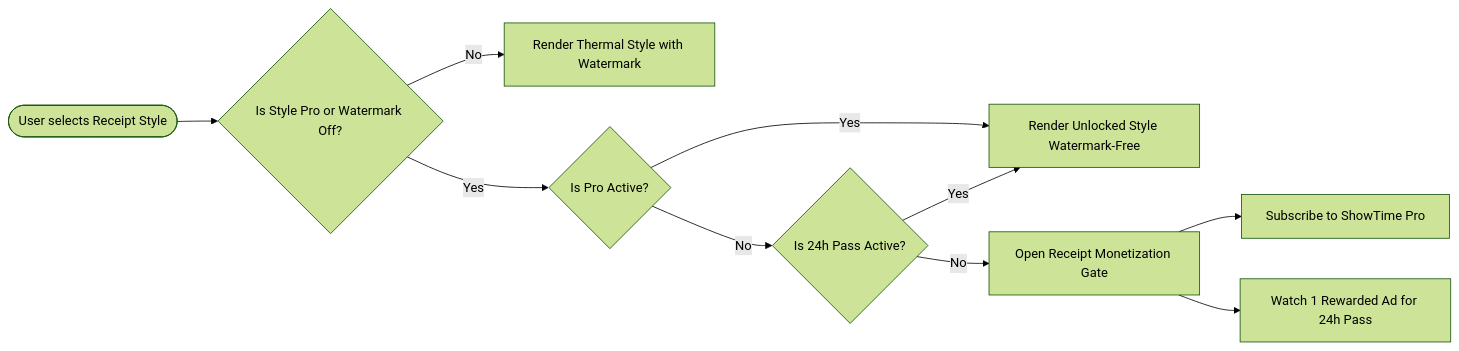
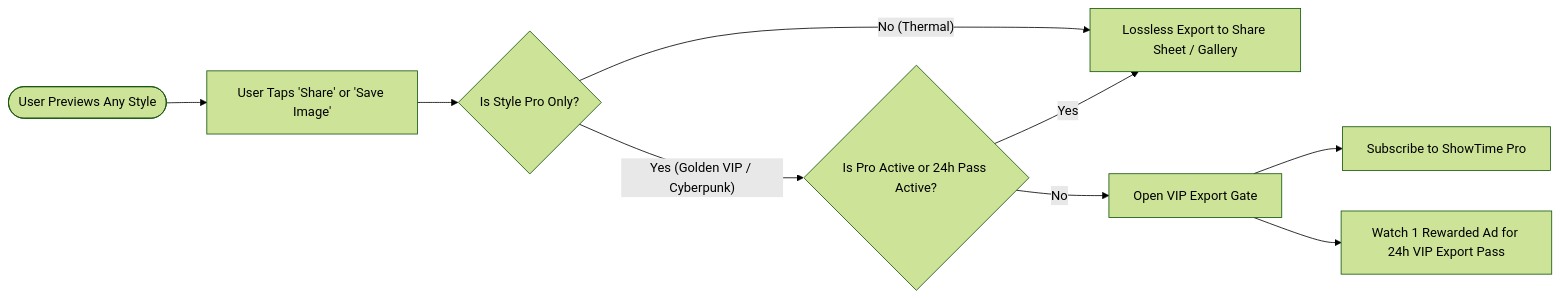
Before and after one commit to SSVerma/ShowTime2: the second of 2 diagrams in docs/features/VINTAGE_CINEMA_RECEIPT_ARCHITECTURE.md, drawn with Mermaid (forest theme). The commit also changed other lines of this file, not shown here.

Commit message:
docs: update receipt architecture with ticket personalization and export gating

````diff
--- a/docs/features/VINTAGE_CINEMA_RECEIPT_ARCHITECTURE.md
+++ b/docs/features/VINTAGE_CINEMA_RECEIPT_ARCHITECTURE.md
@@ -110,12 +114,11 @@
 ```mermaid
 flowchart LR
-    User([User selects Receipt Style]) --> Check{Is Style Pro or Watermark Off?}
-    Check -- No --> RenderFree[Render Thermal Style with Watermark]
-    Check -- Yes --> ProCheck{Is Pro Active?}
-    ProCheck -- Yes --> RenderPro[Render Unlocked Style Watermark-Free]
-    ProCheck -- No --> PassCheck{Is 24h Pass Active?}
-    PassCheck -- Yes --> RenderPro
-    PassCheck -- No --> ShowGate[Open Receipt Monetization Gate]
+    User([User Previews Any Style]) --> TapAction[User Taps 'Share' or 'Save Image']
+    TapAction --> StyleCheck{Is Style Pro Only?}
+    StyleCheck -- No (Thermal) --> ExportDirect[Lossless Export to Share Sheet / Gallery]
+    StyleCheck -- Yes (Golden VIP / Cyberpunk) --> EntitlementCheck{Is Pro Active or 24h Pass Active?}
+    EntitlementCheck -- Yes --> ExportDirect
+    EntitlementCheck -- No --> ShowGate[Open VIP Export Gate]
     ShowGate --> OptionA[Subscribe to ShowTime Pro]
-    ShowGate --> OptionB[Watch 1 Rewarded Ad for 24h Pass]
+    ShowGate --> OptionB[Watch 1 Rewarded Ad for 24h VIP Export Pass]
 ```
````
